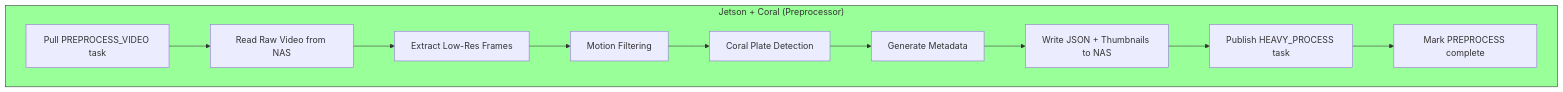
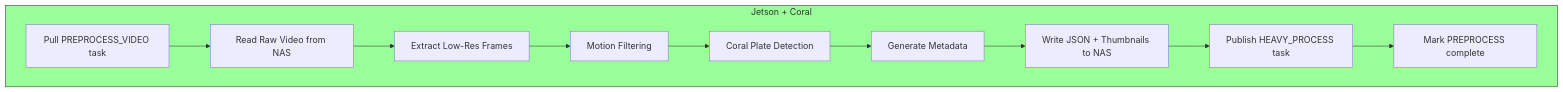
Before and after one commit to Seamoose04/dashcam-processor: the second of 7 diagrams in plans/workload_separation_diagram.md, drawn with Mermaid. The commit also changed other lines of this file, not shown here.

Commit message:
Fixed diagrams

````diff
--- a/plans/workload_separation_diagram.md
+++ b/plans/workload_separation_diagram.md
@@ -27,15 +31,15 @@
 ```mermaid
 graph TD
-    subgraph Jetson+Coral["Jetson + Coral (Preprocessor)"]
+    subgraph jetson[Jetson + Coral]
         A[Pull PREPROCESS_VIDEO task] --> B[Read Raw Video from NAS]
         B --> C[Extract Low-Res Frames]
         C --> D[Motion Filtering]
         D --> E[Coral Plate Detection]
         E --> F[Generate Metadata]
         F --> G[Write JSON + Thumbnails to NAS]
         G --> H[Publish HEAVY_PROCESS task]
         H --> I[Mark PREPROCESS complete]
     end
 
-    style Jetson+Coral fill:#9f9,stroke:#333
+    style jetson fill:#9f9,stroke:#333
 ```
````
